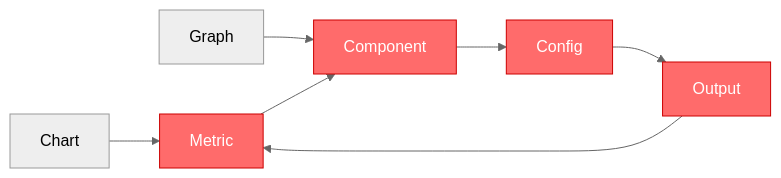
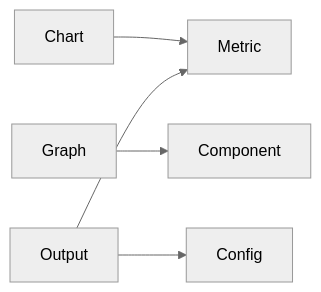
The diagram in README.md (jcvviljoen/php-stability-metrics), drawn with Mermaid (neutral theme) before and after one commit. The commit also changed other lines of this file and 40 other files, not shown here.

First line of the commit message:
Break the dependency cycle between Component, Config, Output and Metric

````diff
--- a/README.md
+++ b/README.md
@@ -91,19 +91,13 @@
 ```mermaid
 graph LR
     Chart
     Component
     Config
     node_Graph["Graph"]
     Metric
     Output
     Chart --> Metric
-    Component --> Config
-    Config --> Output
     node_Graph --> Component
-    Metric --> Component
+    Output --> Config
     Output --> Metric
-    style Output fill:#ff6b6b,stroke:#cc0000,color:#fff
-    style Config fill:#ff6b6b,stroke:#cc0000,color:#fff
-    style Component fill:#ff6b6b,stroke:#cc0000,color:#fff
-    style Metric fill:#ff6b6b,stroke:#cc0000,color:#fff
 ```
````
